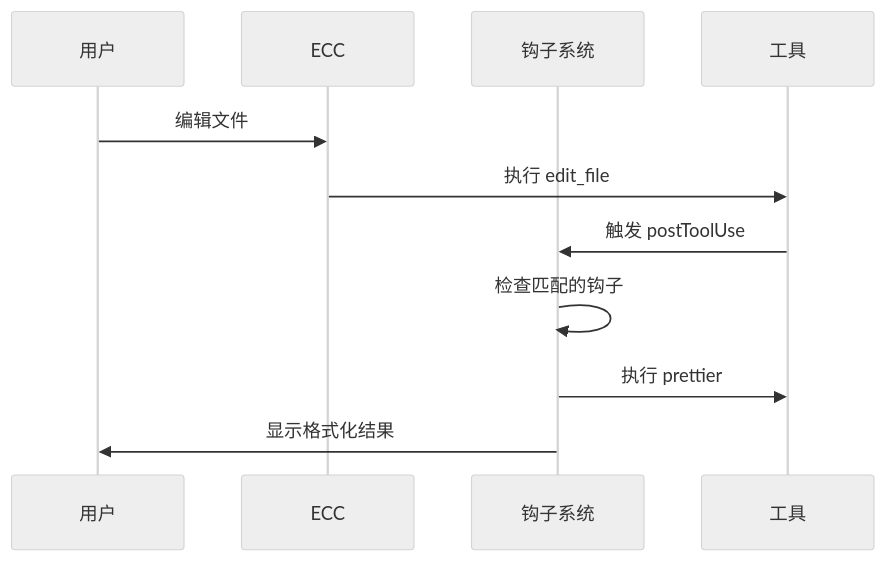
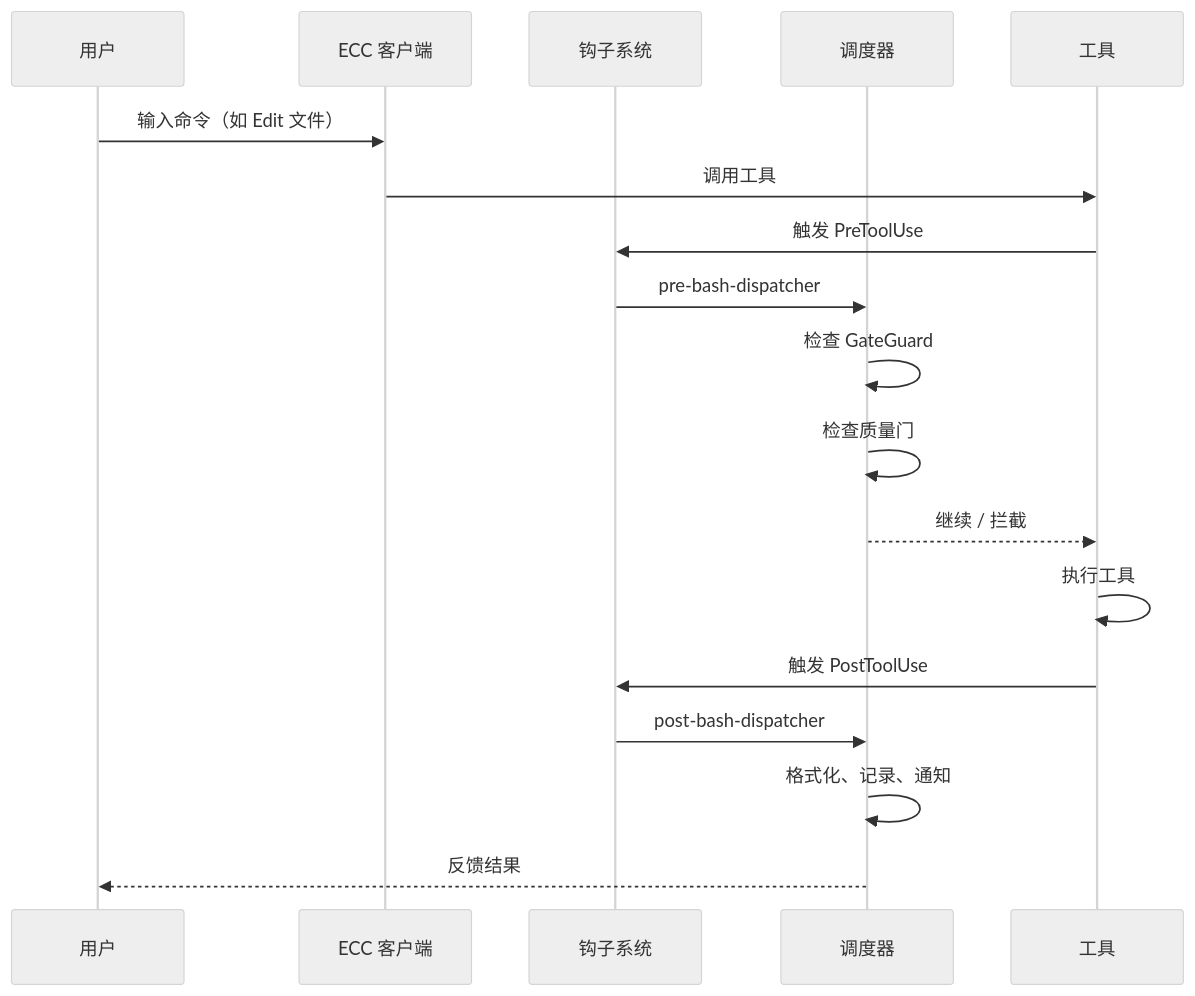
The diagram in ecc-docs/docs/core-concepts/hooks.md (binbinao/everything-claude-code), drawn with Mermaid (neutral theme) before and after one commit. The commit also changed other lines of this file and 4 other files, not shown here.

First line of the commit message:
docs(ecc-docs): sync counts and architecture with current upstream main

````diff
--- a/ecc-docs/docs/core-concepts/hooks.md
+++ b/ecc-docs/docs/core-concepts/hooks.md
@@ -120,14 +162,21 @@
 ```mermaid
 sequenceDiagram
     participant U as 用户
-    participant E as ECC
+    participant E as ECC 客户端
     participant H as 钩子系统
+    participant S as 调度器
     participant T as 工具
 
-    U->>E: 编辑文件
-    E->>T: 执行 edit_file
-    T->>H: 触发 postToolUse
-    H->>H: 检查匹配的钩子
-    H->>T: 执行 prettier
-    H->>U: 显示格式化结果
+    U->>E: 输入命令（如 Edit 文件）
+    E->>T: 调用工具
+    T->>H: 触发 PreToolUse
+    H->>S: pre-bash-dispatcher
+    S->>S: 检查 GateGuard
+    S->>S: 检查质量门
+    S-->>T: 继续 / 拦截
+    T->>T: 执行工具
+    T->>H: 触发 PostToolUse
+    H->>S: post-bash-dispatcher
+    S->>S: 格式化、记录、通知
+    S-->>U: 反馈结果
 ```
````
